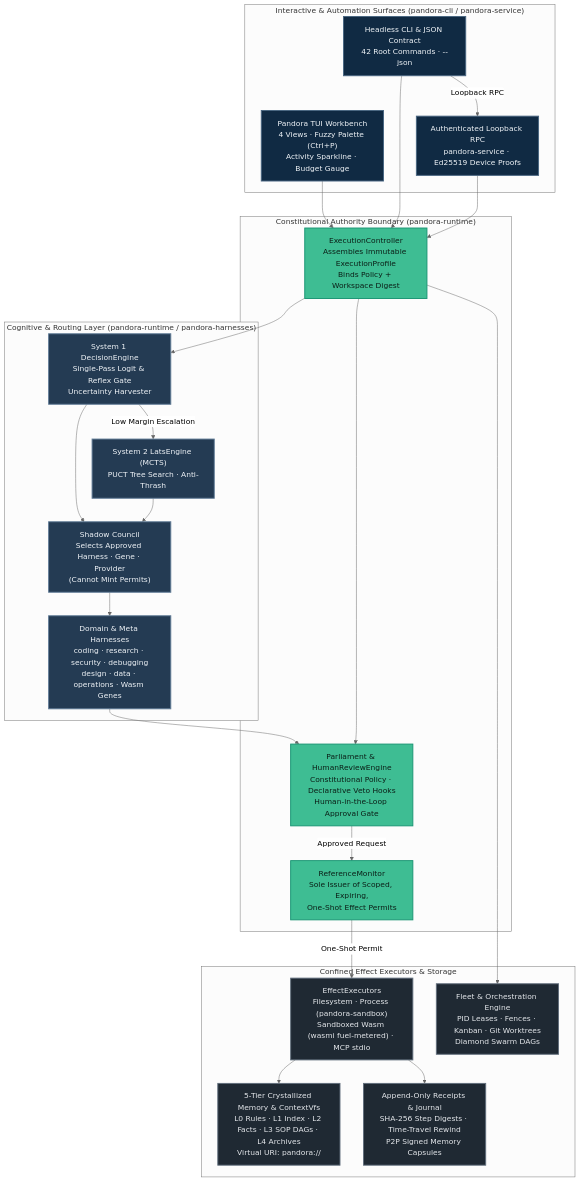
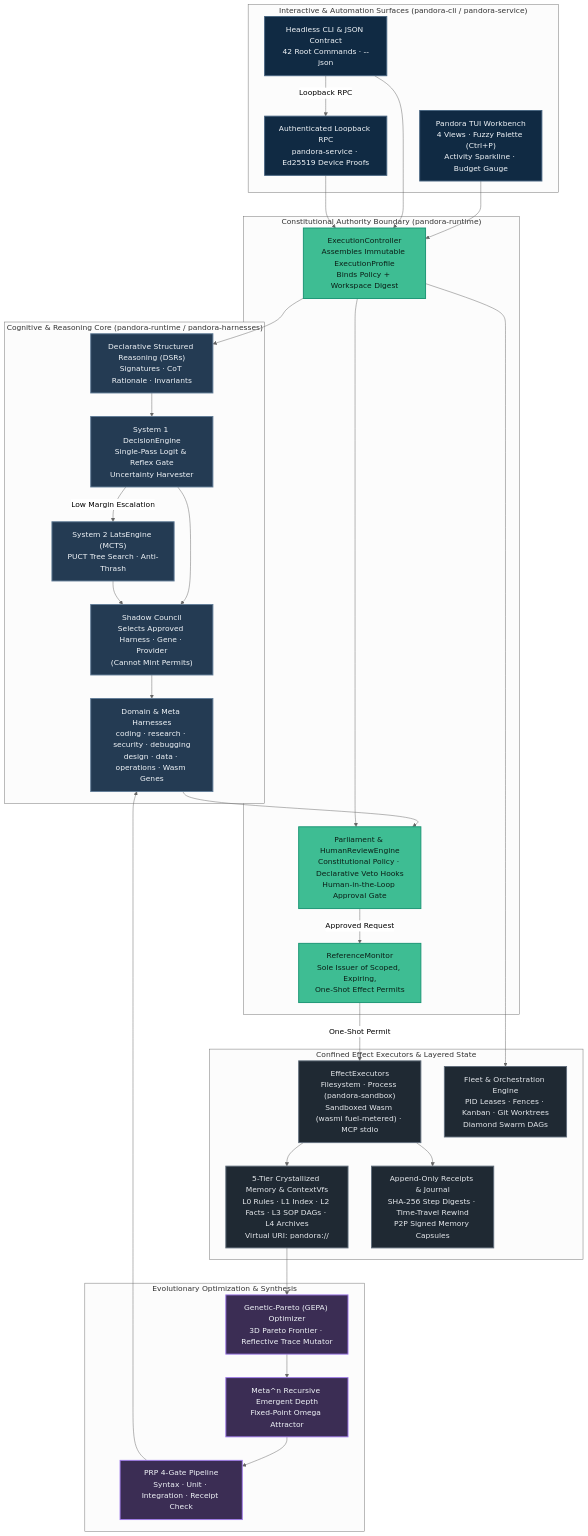
One commit to anisayakmitra-in/AGENT-PANDORA changed the first of 5 diagrams in README.md. Above: the diagram before and after it, drawn with Mermaid (neutral theme). The commit also changed other lines of this file and 7 other files, not shown here.

Commit message:
fix(cli): resolve rate-limiting in update command test and add SUNLESS architectural diagrams

````diff
--- a/README.md
+++ b/README.md
@@ -23,56 +23,70 @@
 ```mermaid
 flowchart TB
     subgraph Surface["Interactive & Automation Surfaces (pandora-cli / pandora-service)"]
         TUI["Pandora TUI Workbench<br/>4 Views · Fuzzy Palette (Ctrl+P)<br/>Activity Sparkline · Budget Gauge"]
         CLI["Headless CLI & JSON Contract<br/>42 Root Commands · --json"]
         SVC["Authenticated Loopback RPC<br/>pandora-service · Ed25519 Device Proofs"]
     end
 
-    subgraph Brain["Cognitive & Routing Layer (pandora-runtime / pandora-harnesses)"]
+    subgraph Brain["Cognitive & Reasoning Core (pandora-runtime / pandora-harnesses)"]
+        DSR["Declarative Structured Reasoning (DSRs)<br/>Signatures · CoT Rationale · Invariants"]
         S1["System 1 DecisionEngine<br/>Single-Pass Logit & Reflex Gate<br/>Uncertainty Harvester"]
         S2["System 2 LatsEngine (MCTS)<br/>PUCT Tree Search · Anti-Thrash"]
         SC["Shadow Council<br/>Selects Approved Harness · Gene · Provider<br/>(Cannot Mint Permits)"]
         DOM["Domain & Meta Harnesses<br/>coding · research · security · debugging<br/>design · data · operations · Wasm Genes"]
     end
 
     subgraph Governance["Constitutional Authority Boundary (pandora-runtime)"]
         EC["ExecutionController<br/>Assembles Immutable ExecutionProfile<br/>Binds Policy + Workspace Digest"]
         PLM["Parliament & HumanReviewEngine<br/>Constitutional Policy · Declarative Veto Hooks<br/>Human-in-the-Loop Approval Gate"]
         RM["ReferenceMonitor<br/>Sole Issuer of Scoped, Expiring,<br/>One-Shot Effect Permits"]
     end
 
-    subgraph Execution["Confined Effect Executors & Storage"]
+    subgraph Execution["Confined Effect Executors & Layered State"]
         EX["EffectExecutors<br/>Filesystem · Process (pandora-sandbox)<br/>Sandboxed Wasm (wasmi fuel-metered) · MCP stdio"]
         MEM["5-Tier Crystallized Memory & ContextVfs<br/>L0 Rules · L1 Index · L2 Facts · L3 SOP DAGs · L4 Archives<br/>Virtual URI: pandora://"]
         FLEET["Fleet & Orchestration Engine<br/>PID Leases · Fences · Kanban · Git Worktrees<br/>Diamond Swarm DAGs"]
         RCPT["Append-Only Receipts & Journal<br/>SHA-256 Step Digests · Time-Travel Rewind<br/>P2P Signed Memory Capsules"]
+    end
+
+    subgraph Evolution["Evolutionary Optimization & Synthesis"]
+        GEPA["Genetic-Pareto (GEPA) Optimizer<br/>3D Pareto Frontier · Reflective Trace Mutator"]
+        METAN["Meta^n Recursive Emergent Depth<br/>Fixed-Point Omega Attractor"]
+        PRP["PRP 4-Gate Pipeline<br/>Syntax · Unit · Integration · Receipt Check"]
     end
 
     TUI --> EC
     CLI --> EC
     CLI -->|"Loopback RPC"| SVC
     SVC --> EC
 
-    EC --> S1
+    EC --> DSR
+    DSR --> S1
     S1 -->|"Low Margin Escalation"| S2
     S1 --> SC
     S2 --> SC
     SC --> DOM
     DOM --> PLM
     EC --> PLM
     PLM -->|"Approved Request"| RM
     RM -->|"One-Shot Permit"| EX
     EX --> RCPT
     EX --> MEM
     EC --> FLEET
+    MEM --> GEPA
+    GEPA --> METAN
+    METAN --> PRP
+    PRP --> DOM
 
     classDef surface fill:#102a43,stroke:#486581,color:#f0f4f8,stroke-width:2px
     classDef brain fill:#243b53,stroke:#627d98,color:#f0f4f8,stroke-width:2px
     classDef gov fill:#3ebd93,stroke:#199473,color:#0b1f17,stroke-width:2px
     classDef exec fill:#1f2933,stroke:#616e7c,color:#e4e7eb,stroke-width:2px
+    classDef evo fill:#3b2d54,stroke:#9f7aea,color:#f0f4f8,stroke-width:2px
 
     class TUI,CLI,SVC surface
-    class S1,S2,SC,DOM brain
+    class DSR,S1,S2,SC,DOM brain
     class EC,PLM,RM gov
     class EX,MEM,FLEET,RCPT exec
+    class GEPA,METAN,PRP evo
 ```
````
